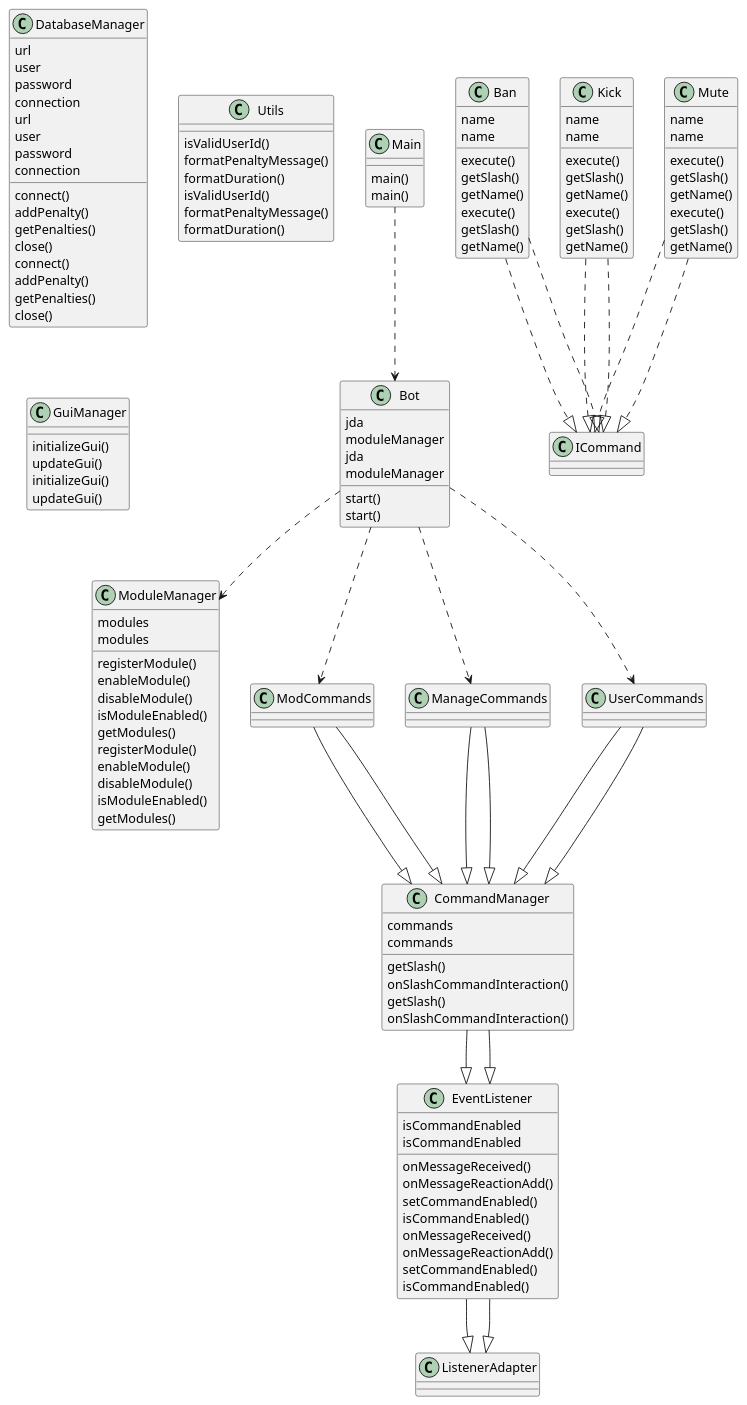
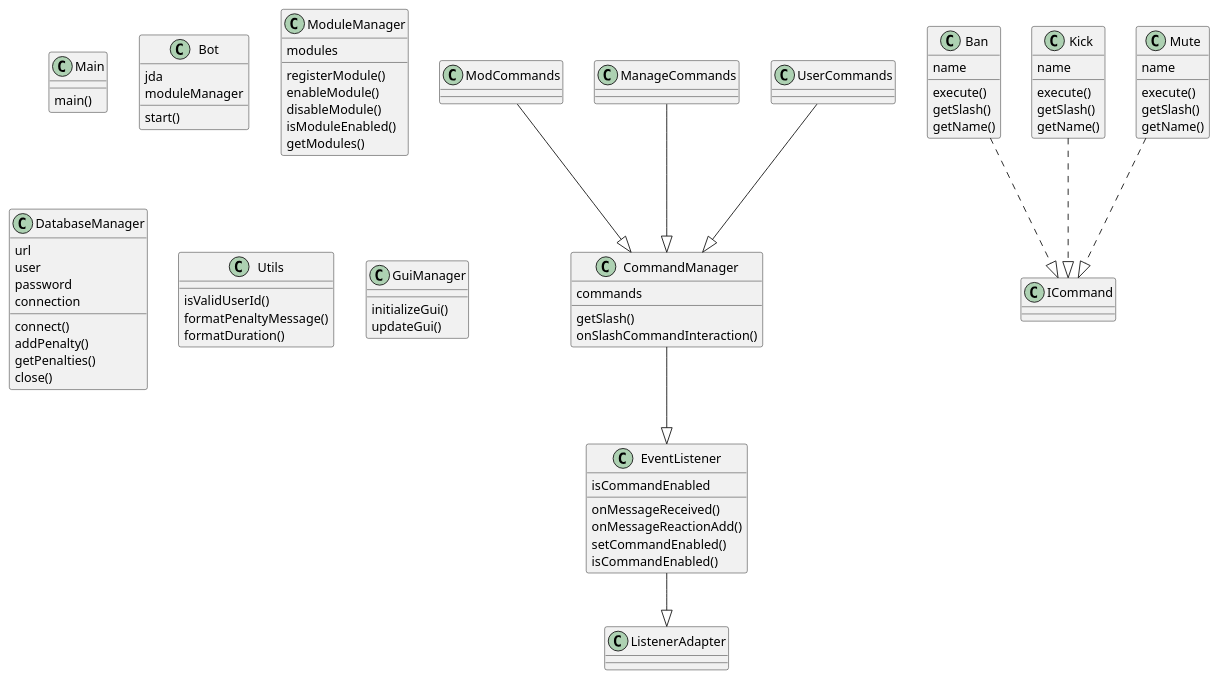
The diagram in uml_output/diagram.puml (PelayoPS/DiscordBot_app), drawn with PlantUML before and after one commit. The commit also changed 2 other files, not shown here.

```diff
--- a/uml_output/diagram.puml
+++ b/uml_output/diagram.puml
@@ -1,165 +1,81 @@
 @startuml diagrama
 class Main {
   main()
 }
 class Bot {
   jda
   moduleManager
   start()
 }
 class EventListener {
   isCommandEnabled
   onMessageReceived()
   onMessageReactionAdd()
   setCommandEnabled()
   isCommandEnabled()
 }
 EventListener --|> ListenerAdapter
 class ModuleManager {
   modules
   registerModule()
   enableModule()
   disableModule()
   isModuleEnabled()
   getModules()
 }
 class CommandManager {
   commands
   getSlash()
   onSlashCommandInteraction()
 }
 CommandManager --|> EventListener
 class ModCommands {
 }
 ModCommands --|> CommandManager
 class ManageCommands {
 }
 ManageCommands --|> CommandManager
 class UserCommands {
 }
 UserCommands --|> CommandManager
 class Ban {
   name
   execute()
   getSlash()
   getName()
 }
 Ban ..|> ICommand
 class Kick {
   name
   execute()
   getSlash()
   getName()
 }
 Kick ..|> ICommand
 class Mute {
   name
   execute()
   getSlash()
   getName()
 }
 Mute ..|> ICommand
 class DatabaseManager {
   url
   user
   password
   connection
   connect()
   addPenalty()
   getPenalties()
   close()
 }
 class Utils {
   isValidUserId()
   formatPenaltyMessage()
   formatDuration()
 }
 class GuiManager {
   initializeGui()
   updateGui()
 }
-class Main {
-  main()
-}
-Main ..> Bot
-class Bot {
-  jda
-  moduleManager
-  start()
-}
-Bot ..> ModuleManager
-Bot ..> ModCommands
-Bot ..> ManageCommands
-Bot ..> UserCommands
-class EventListener {
-  isCommandEnabled
-  onMessageReceived()
-  onMessageReactionAdd()
-  setCommandEnabled()
-  isCommandEnabled()
-}
-EventListener --|> ListenerAdapter
-class ModuleManager {
-  modules
-  registerModule()
-  enableModule()
-  disableModule()
-  isModuleEnabled()
-  getModules()
-}
-class CommandManager {
-  commands
-  getSlash()
-  onSlashCommandInteraction()
-}
-CommandManager --|> EventListener
-class ModCommands {
-}
-ModCommands --|> CommandManager
-class ManageCommands {
-}
-ManageCommands --|> CommandManager
-class UserCommands {
-}
-UserCommands --|> CommandManager
-class Ban {
-  name
-  execute()
-  getSlash()
-  getName()
-}
-Ban ..|> ICommand
-class Kick {
-  name
-  execute()
-  getSlash()
-  getName()
-}
-Kick ..|> ICommand
-class Mute {
-  name
-  execute()
-  getSlash()
-  getName()
-}
-Mute ..|> ICommand
-class DatabaseManager {
-  url
-  user
-  password
-  connection
-  connect()
-  addPenalty()
-  getPenalties()
-  close()
-}
-class Utils {
-  isValidUserId()
-  formatPenaltyMessage()
-  formatDuration()
-}
-class GuiManager {
-  initializeGui()
-  updateGui()
-}
 @enduml
```
